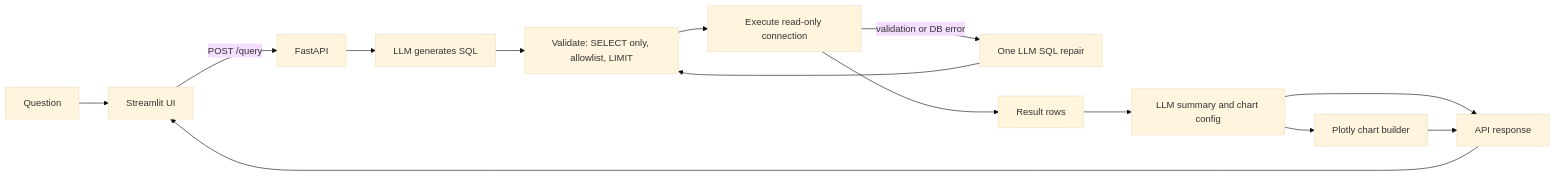
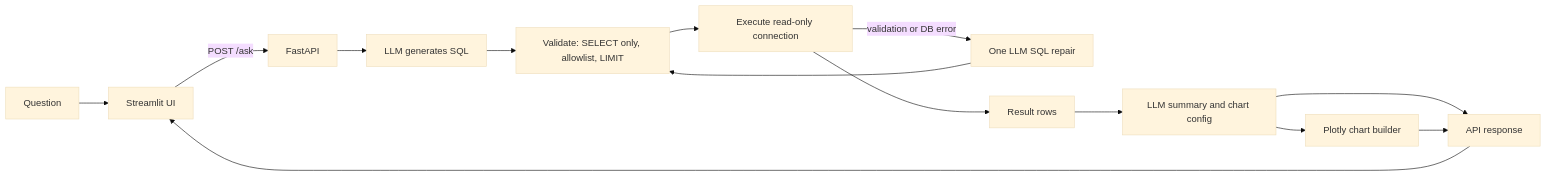
Before and after one commit to solomonmulatu/talk-to-data-sql-assistant: the diagram in README.md, drawn with Mermaid (base theme). The commit also changed other lines of this file and 4 other files, not shown here.

Commit message:
refactor: rename /query to /ask and update clients and docs

````diff
--- a/README.md
+++ b/README.md
@@ -29,16 +29,16 @@
 ```mermaid
 flowchart LR
     Q[Question] --> UI[Streamlit UI]
-    UI -->|"POST /query"| API[FastAPI]
+    UI -->|"POST /ask"| API[FastAPI]
     API --> L[LLM generates SQL]
     L --> V[Validate: SELECT only, allowlist, LIMIT]
     V --> E[Execute read-only connection]
     E -->|validation or DB error| Rpr[One LLM SQL repair]
     Rpr --> V
     E --> R[Result rows]
     R --> S[LLM summary and chart config]
     S --> C[Plotly chart builder]
     S --> O[API response]
     C --> O
     O --> UI
 ```
````
